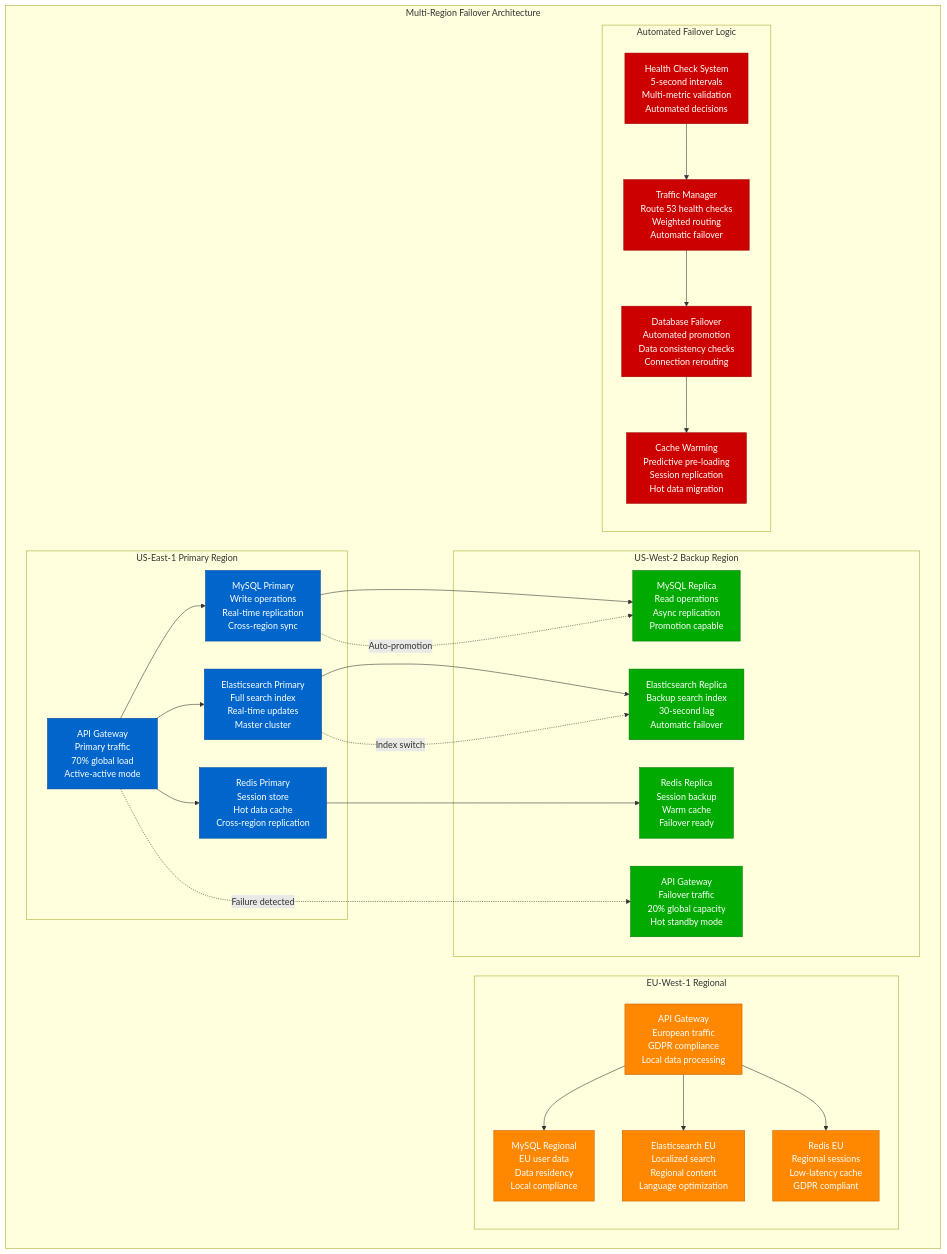
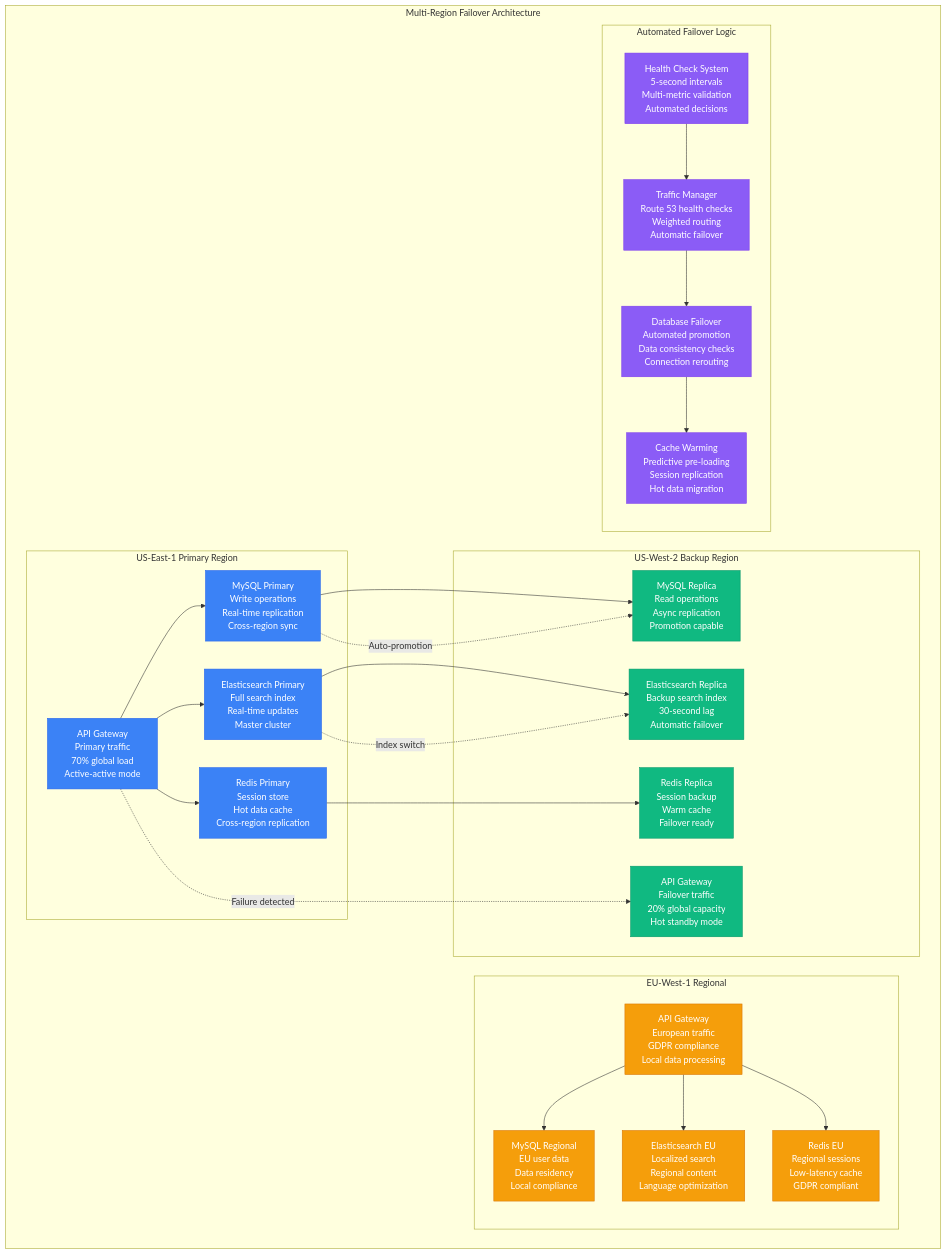
One commit to deepaucksharma/DS changed the third of 5 diagrams in site/docs/systems/airbnb/failure-domains.md. Above: the diagram before and after it, drawn with Mermaid. The commit also changed other lines of this file and 303 other files, not shown here.

````diff
--- a/site/docs/systems/airbnb/failure-domains.md
+++ b/site/docs/systems/airbnb/failure-domains.md
@@ -134,79 +134,79 @@
 ```mermaid
 graph TB
     subgraph MultiRegionFailover[Multi-Region Failover Architecture]
         subgraph USEast[US-East-1 Primary Region]
             USEastAPI[API Gateway<br/>Primary traffic<br/>70% global load<br/>Active-active mode]
 
             USEastDB[MySQL Primary<br/>Write operations<br/>Real-time replication<br/>Cross-region sync]
 
             USEastSearch[Elasticsearch Primary<br/>Full search index<br/>Real-time updates<br/>Master cluster]
 
             USEastCache[Redis Primary<br/>Session store<br/>Hot data cache<br/>Cross-region replication]
         end
 
         subgraph USWest[US-West-2 Backup Region]
             USWestAPI[API Gateway<br/>Failover traffic<br/>20% global capacity<br/>Hot standby mode]
 
             USWestDB[MySQL Replica<br/>Read operations<br/>Async replication<br/>Promotion capable]
 
             USWestSearch[Elasticsearch Replica<br/>Backup search index<br/>30-second lag<br/>Automatic failover]
 
             USWestCache[Redis Replica<br/>Session backup<br/>Warm cache<br/>Failover ready]
         end
 
         subgraph Europe[EU-West-1 Regional]
             EuropeAPI[API Gateway<br/>European traffic<br/>GDPR compliance<br/>Local data processing]
 
             EuropeDB[MySQL Regional<br/>EU user data<br/>Data residency<br/>Local compliance]
 
             EuropeSearch[Elasticsearch EU<br/>Localized search<br/>Regional content<br/>Language optimization]
 
             EuropeCache[Redis EU<br/>Regional sessions<br/>Low-latency cache<br/>GDPR compliant]
         end
 
         subgraph FailoverLogic[Automated Failover Logic]
             HealthChecks[Health Check System<br/>5-second intervals<br/>Multi-metric validation<br/>Automated decisions]
 
             TrafficManager[Traffic Manager<br/>Route 53 health checks<br/>Weighted routing<br/>Automatic failover]
 
             DatabaseFailover[Database Failover<br/>Automated promotion<br/>Data consistency checks<br/>Connection rerouting]
 
             CacheWarming[Cache Warming<br/>Predictive pre-loading<br/>Session replication<br/>Hot data migration]
         end
     end
 
     %% Primary connections
     USEastAPI --> USEastDB
     USEastAPI --> USEastSearch
     USEastAPI --> USEastCache
 
     %% Replication connections
     USEastDB --> USWestDB
     USEastSearch --> USWestSearch
     USEastCache --> USWestCache
 
     %% Regional independence
     EuropeAPI --> EuropeDB
     EuropeAPI --> EuropeSearch
     EuropeAPI --> EuropeCache
 
     %% Failover orchestration
     HealthChecks --> TrafficManager
     TrafficManager --> DatabaseFailover
     DatabaseFailover --> CacheWarming
 
     %% Failover paths
     USEastAPI -.->|Failure detected| USWestAPI
     USEastDB -.->|Auto-promotion| USWestDB
     USEastSearch -.->|Index switch| USWestSearch
 
-    classDef primaryStyle fill:#0066CC,stroke:#004499,color:#fff
-    classDef backupStyle fill:#00AA00,stroke:#007700,color:#fff
-    classDef regionalStyle fill:#FF8800,stroke:#CC6600,color:#fff
-    classDef failoverStyle fill:#CC0000,stroke:#990000,color:#fff
+    classDef primaryStyle fill:#3B82F6,stroke:#2563EB,color:#fff
+    classDef backupStyle fill:#10B981,stroke:#059669,color:#fff
+    classDef regionalStyle fill:#F59E0B,stroke:#D97706,color:#fff
+    classDef failoverStyle fill:#8B5CF6,stroke:#7C3AED,color:#fff
 
     class USEastAPI,USEastDB,USEastSearch,USEastCache primaryStyle
     class USWestAPI,USWestDB,USWestSearch,USWestCache backupStyle
     class EuropeAPI,EuropeDB,EuropeSearch,EuropeCache regionalStyle
     class HealthChecks,TrafficManager,DatabaseFailover,CacheWarming failoverStyle
 ```
````
